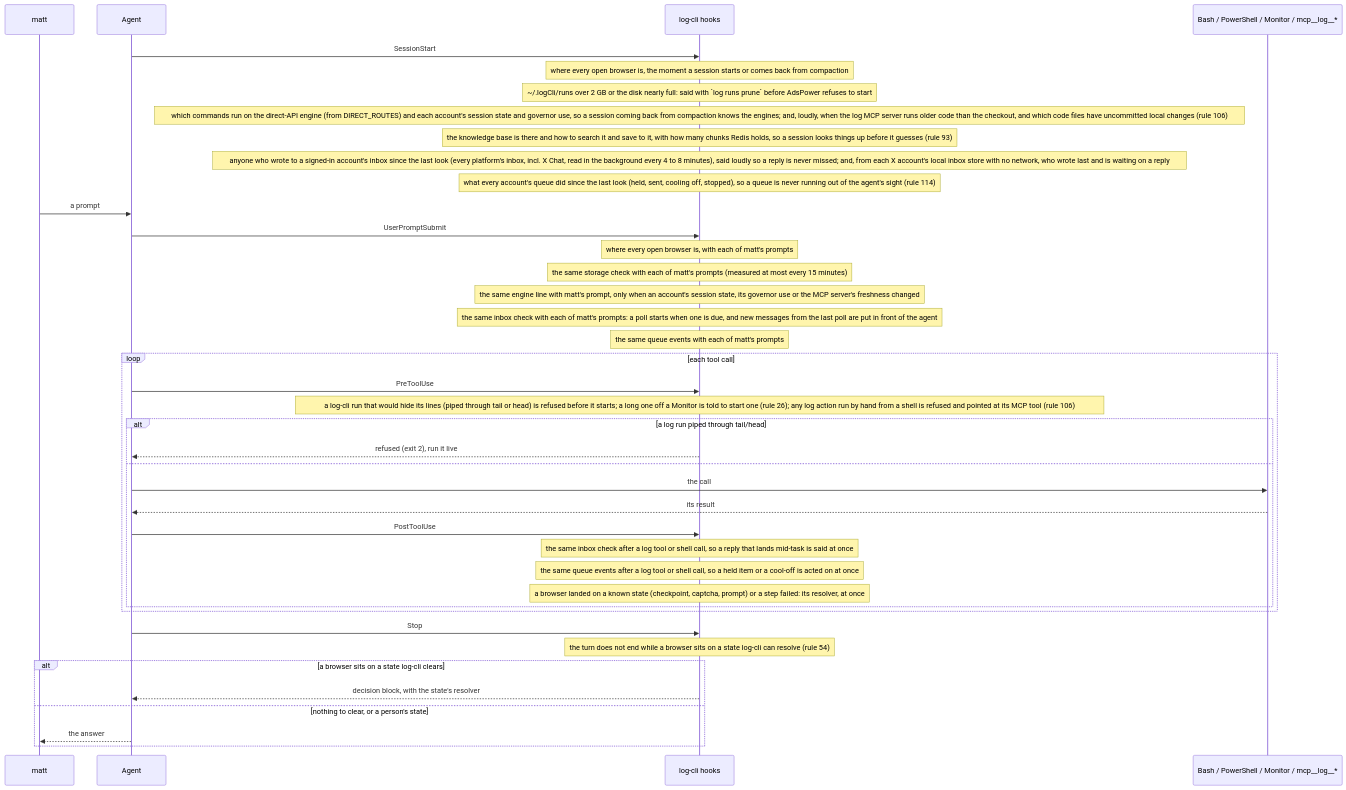
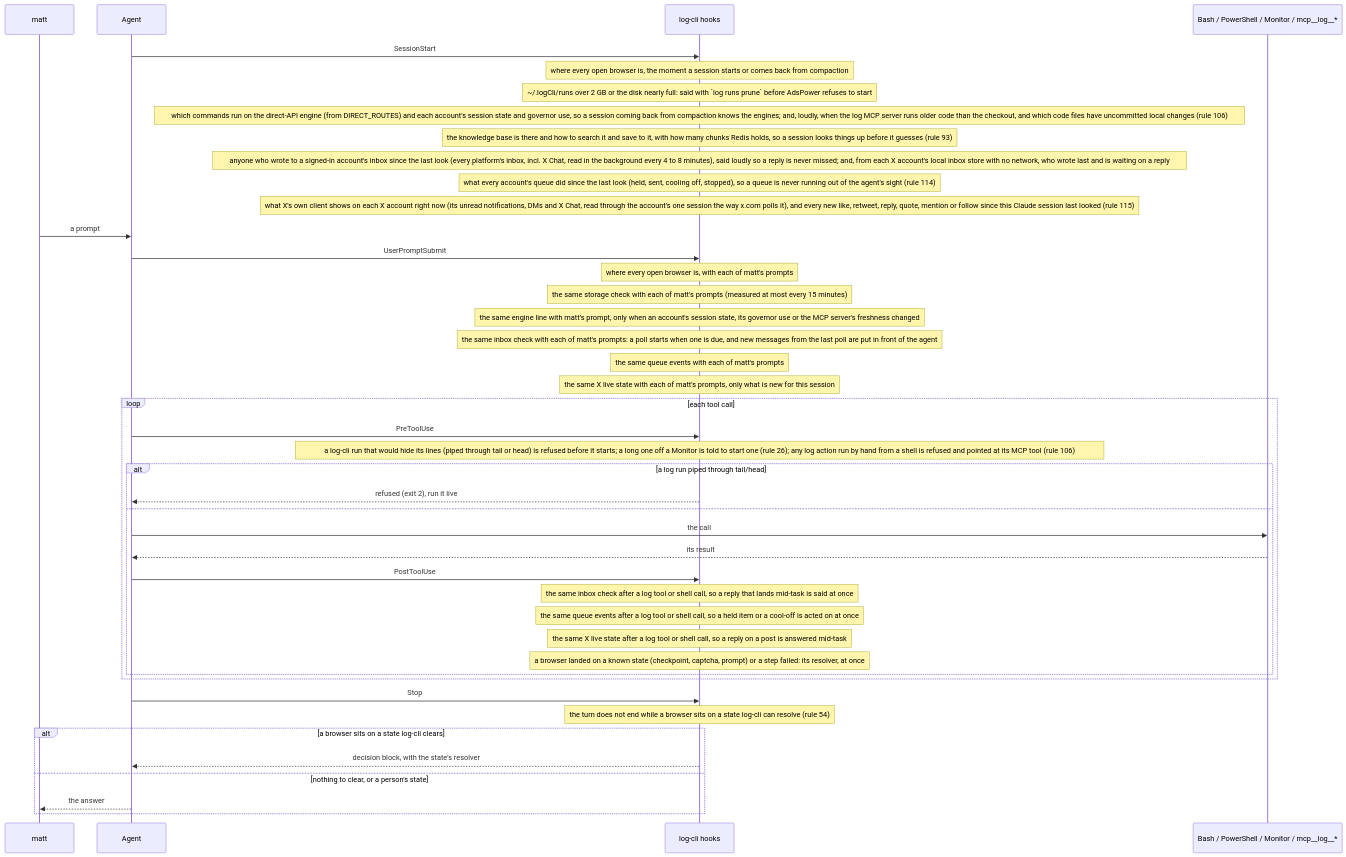
Before and after one commit to matthewdonsemail-lab/log: the diagram in docs/diagrams/hooks.mmd, drawn with Mermaid. The commit also changed 25 other files, not shown here.

First line of the commit message:
feat: X's live client state reaches each Claude session through a hook (rule 115)

```diff
--- a/docs/diagrams/hooks.mmd
+++ b/docs/diagrams/hooks.mmd
@@ -1,42 +1,45 @@
 %% The hooks in one turn. Written from `AGENT_HOOKS` (`src/agentHooks/registry`); the same list gives Claude Code's `.claude/settings.json` and Codex's `.codex/hooks.json`.
 %% Written by `bun run docs:build` from the code (rule 56). Not edited by hand.
 sequenceDiagram
   participant matt
   participant Agent
   participant Hook as log-cli hooks
   participant Tool as Bash / PowerShell / Monitor / mcp__log__*
   Agent->>Hook: SessionStart
   Note over Hook: where every open browser is, the moment a session starts or comes back from compaction
   Note over Hook: ~/.logCli/runs over 2 GB or the disk nearly full: said with `log runs prune` before AdsPower refuses to start
   Note over Hook: which commands run on the direct-API engine (from DIRECT_ROUTES) and each account's session state and governor use, so a session coming back from compaction knows the engines#59; and, loudly, when the log MCP server runs older code than the checkout, and which code files have uncommitted local changes (rule 106)
   Note over Hook: the knowledge base is there and how to search it and save to it, with how many chunks Redis holds, so a session looks things up before it guesses (rule 93)
   Note over Hook: anyone who wrote to a signed-in account's inbox since the last look (every platform's inbox, incl. X Chat, read in the background every 4 to 8 minutes), said loudly so a reply is never missed#59; and, from each X account's local inbox store with no network, who wrote last and is waiting on a reply
   Note over Hook: what every account's queue did since the last look (held, sent, cooling off, stopped), so a queue is never running out of the agent's sight (rule 114)
+  Note over Hook: what X's own client shows on each X account right now (its unread notifications, DMs and X Chat, read through the account's one session the way x.com polls it), and every new like, retweet, reply, quote, mention or follow since this Claude session last looked (rule 115)
   matt->>Agent: a prompt
   Agent->>Hook: UserPromptSubmit
   Note over Hook: where every open browser is, with each of matt's prompts
   Note over Hook: the same storage check with each of matt's prompts (measured at most every 15 minutes)
   Note over Hook: the same engine line with matt's prompt, only when an account's session state, its governor use or the MCP server's freshness changed
   Note over Hook: the same inbox check with each of matt's prompts: a poll starts when one is due, and new messages from the last poll are put in front of the agent
   Note over Hook: the same queue events with each of matt's prompts
+  Note over Hook: the same X live state with each of matt's prompts, only what is new for this session
   loop each tool call
     Agent->>Hook: PreToolUse
     Note over Hook: a log-cli run that would hide its lines (piped through tail or head) is refused before it starts#59; a long one off a Monitor is told to start one (rule 26)#59; any log action run by hand from a shell is refused and pointed at its MCP tool (rule 106)
     alt a log run piped through tail/head
       Hook-->>Agent: refused (exit 2), run it live
     else
       Agent->>Tool: the call
       Tool-->>Agent: its result
       Agent->>Hook: PostToolUse
     Note over Hook: the same inbox check after a log tool or shell call, so a reply that lands mid-task is said at once
     Note over Hook: the same queue events after a log tool or shell call, so a held item or a cool-off is acted on at once
+    Note over Hook: the same X live state after a log tool or shell call, so a reply on a post is answered mid-task
     Note over Hook: a browser landed on a known state (checkpoint, captcha, prompt) or a step failed: its resolver, at once
     end
   end
   Agent->>Hook: Stop
   Note over Hook: the turn does not end while a browser sits on a state log-cli can resolve (rule 54)
   alt a browser sits on a state log-cli clears
     Hook-->>Agent: decision block, with the state's resolver
   else nothing to clear, or a person's state
     Agent-->>matt: the answer
   end
```
